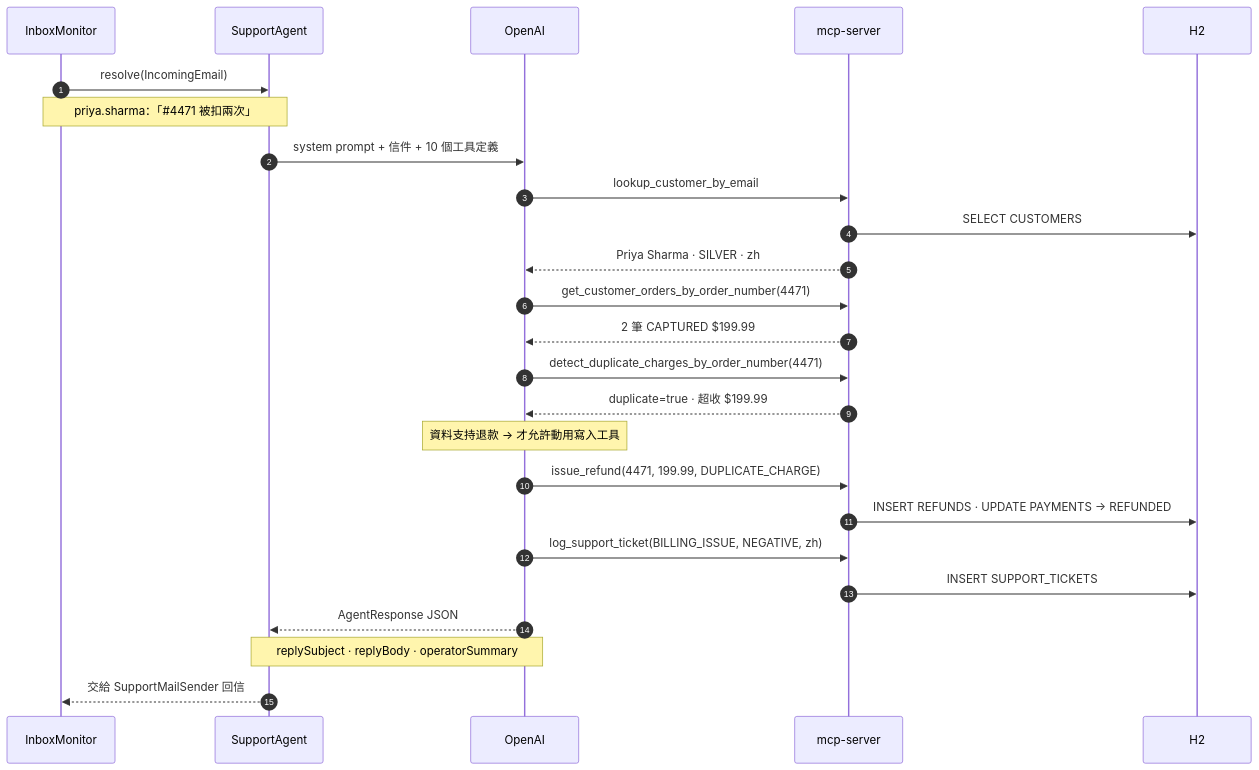
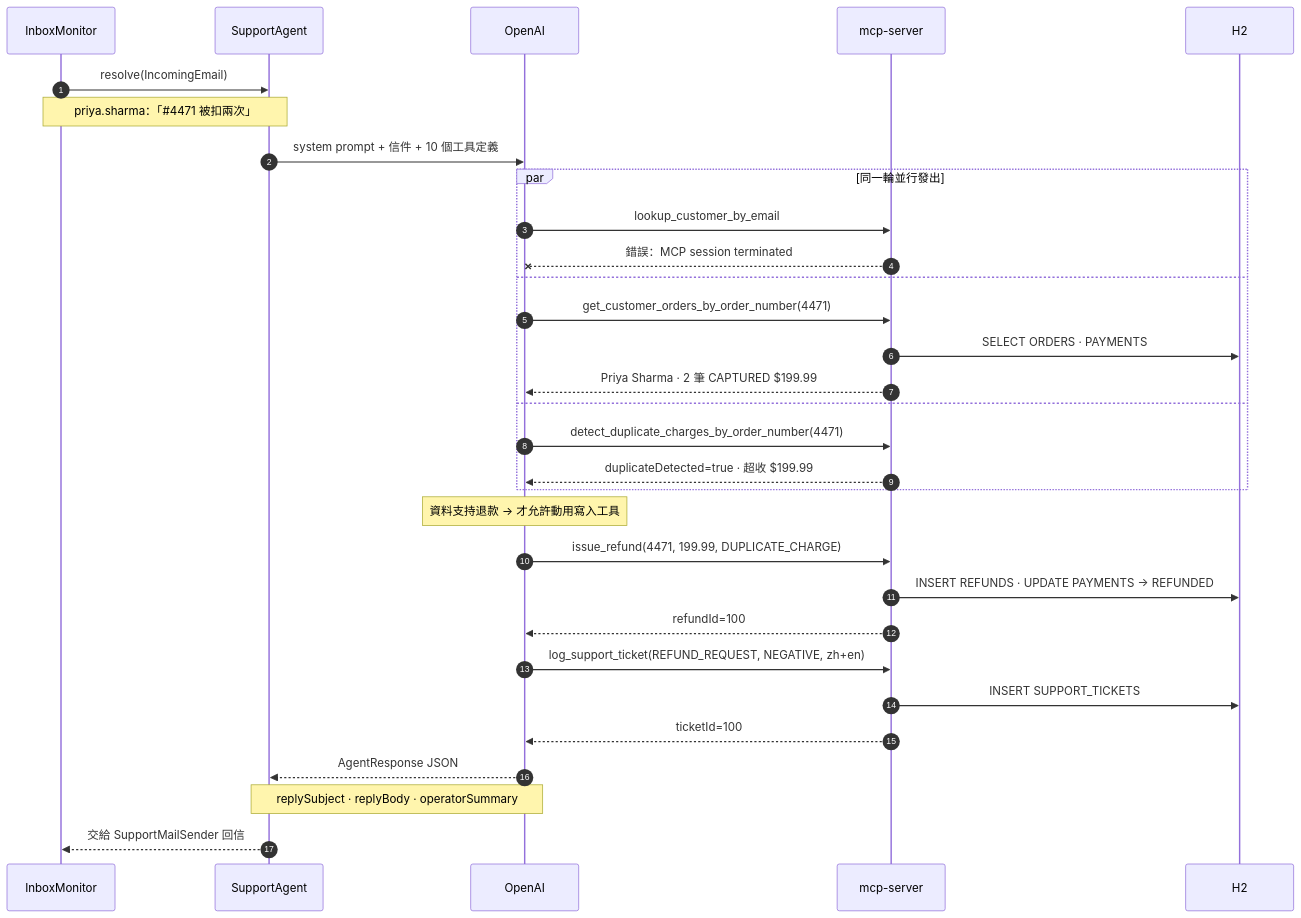
One commit to tonysk0210/springai-agent changed the second of 4 diagrams in README.md. Above: the diagram before and after it, drawn with Mermaid. The commit also changed other lines of this file and 15 other files, not shown here.

````diff
--- a/README.md
+++ b/README.md
@@ -117,28 +117,34 @@
 ```mermaid
 sequenceDiagram
     autonumber
     participant IM as InboxMonitor
     participant SA as SupportAgent
     participant LLM as OpenAI
     participant MCP as mcp-server
     participant DB as H2
 
     IM->>SA: resolve(IncomingEmail)
     Note over IM,SA: priya.sharma：「#35;4471 被扣兩次」
     SA->>LLM: system prompt + 信件 + 10 個工具定義
-    LLM->>MCP: lookup_customer_by_email
-    MCP->>DB: SELECT CUSTOMERS
-    MCP-->>LLM: Priya Sharma · SILVER · zh
-    LLM->>MCP: get_customer_orders_by_order_number(4471)
-    MCP-->>LLM: 2 筆 CAPTURED $199.99
-    LLM->>MCP: detect_duplicate_charges_by_order_number(4471)
-    MCP-->>LLM: duplicate=true · 超收 $199.99
+    par 同一輪並行發出
+        LLM->>MCP: lookup_customer_by_email
+        MCP--xLLM: 錯誤：MCP session terminated
+    and
+        LLM->>MCP: get_customer_orders_by_order_number(4471)
+        MCP->>DB: SELECT ORDERS · PAYMENTS
+        MCP-->>LLM: Priya Sharma · 2 筆 CAPTURED $199.99
+    and
+        LLM->>MCP: detect_duplicate_charges_by_order_number(4471)
+        MCP-->>LLM: duplicateDetected=true · 超收 $199.99
+    end
     Note over LLM: 資料支持退款 → 才允許動用寫入工具
     LLM->>MCP: issue_refund(4471, 199.99, DUPLICATE_CHARGE)
     MCP->>DB: INSERT REFUNDS · UPDATE PAYMENTS → REFUNDED
-    LLM->>MCP: log_support_ticket(BILLING_ISSUE, NEGATIVE, zh)
+    MCP-->>LLM: refundId=100
+    LLM->>MCP: log_support_ticket(REFUND_REQUEST, NEGATIVE, zh+en)
     MCP->>DB: INSERT SUPPORT_TICKETS
+    MCP-->>LLM: ticketId=100
     LLM-->>SA: AgentResponse JSON
     Note over SA,LLM: replySubject · replyBody · operatorSummary
     SA-->>IM: 交給 SupportMailSender 回信
 ```
````
